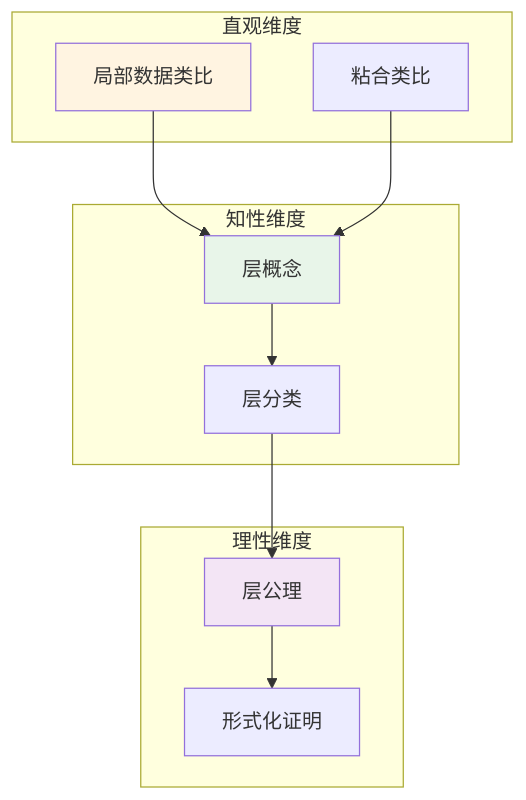
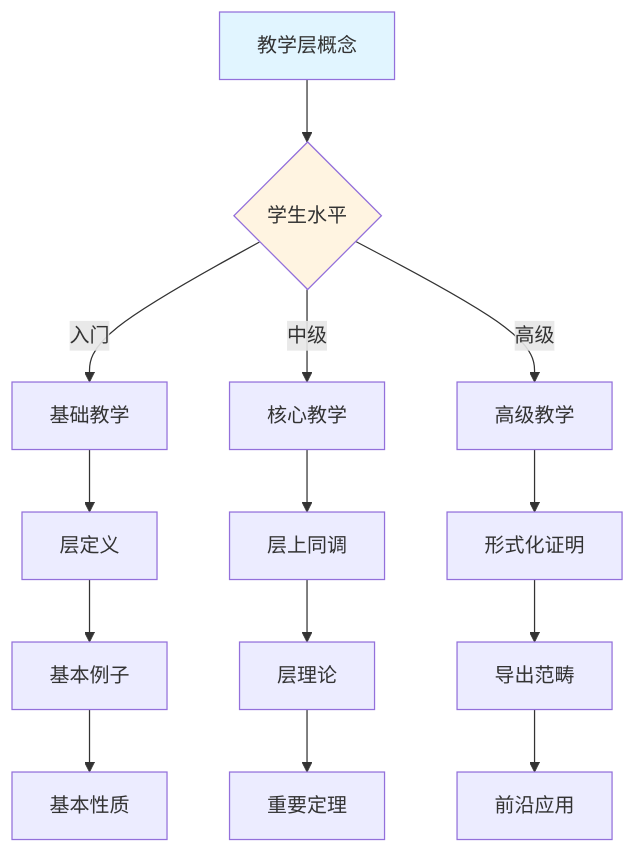
One commit to AdaMartin18010/FormalMath changed diagram 11 of 11 in concept/核心概念/22-层.md. Above: the diagram before and after it, drawn with Mermaid. The commit also changed other lines of this file and 4793 other files, not shown here.

````diff
--- a/concept/核心概念/22-层.md
+++ b/concept/核心概念/22-层.md
@@ -767,27 +2494,22 @@
 ```mermaid
-graph TB
-    subgraph 直观维度
-        A1[局部数据类比]
-        A2[粘合类比]
-    end
+graph TD
+    A[教学层概念] --> B{学生水平}
+    B -->|入门| C[基础教学]
+    B -->|中级| D[核心教学]
+    B -->|高级| E[高级教学]
 
-    subgraph 知性维度
-        B1[层概念]
-        B2[层分类]
-    end
+    C --> C1[层定义]
+    C1 --> C2[基本例子]
+    C2 --> C3[基本性质]
 
-    subgraph 理性维度
-        C1[层公理]
-        C2[形式化证明]
-    end
+    D --> D1[层上同调]
+    D1 --> D2[层理论]
+    D2 --> D3[重要定理]
 
-    A1 --> B1
-    A2 --> B1
-    B1 --> B2
-    B2 --> C1
-    C1 --> C2
+    E --> E1[形式化证明]
+    E1 --> E2[导出范畴]
+    E2 --> E3[前沿应用]
 
-    style A1 fill:#fff4e1
-    style B1 fill:#e8f5e9
-    style C1 fill:#f3e5f5
+    style A fill:#e1f5ff
+    style B fill:#fff4e1
 ```
````
